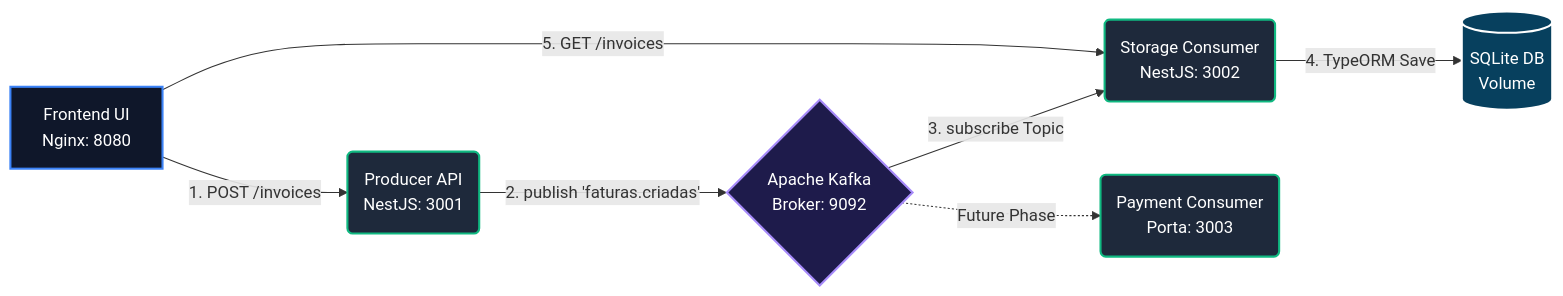
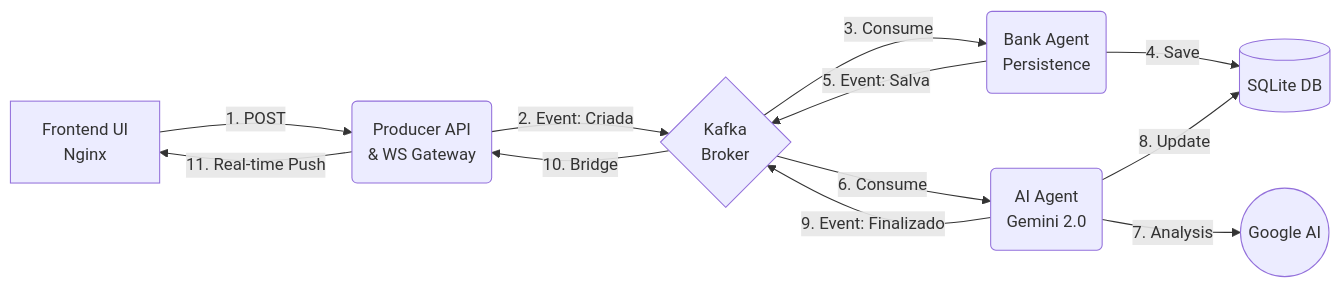
The diagram in README.md (mayconlemosCloud/NestJS-AI), drawn with Mermaid before and after one commit. The commit also changed other lines of this file and 26 other files, not shown here.

````diff
--- a/README.md
+++ b/README.md
@@ -16,21 +19,14 @@
 ```mermaid
 graph LR
-    %% Nodes
-    A[Frontend UI<br/>Nginx: 8080] -->|1. POST /invoices| B(Producer API<br/>NestJS: 3001)
-    B -->|2. publish 'faturas.criadas'| C{Apache Kafka<br/>Broker: 9092}
-    C -->|3. subscribe Topic| D(Storage Consumer<br/>NestJS: 3002)
-    C -.->|Future Phase| E(Payment Consumer<br/>Porta: 3003)
-    D -->|4. TypeORM Save| F[(SQLite DB<br/>Volume)]
-    A -->|5. GET /invoices| D
-    
-    %% Styling
-    classDef ui fill:#0f172a,stroke:#3b82f6,stroke-width:2px,color:#fff
-    classDef api fill:#1e293b,stroke:#10b981,stroke-width:2px,color:#fff
-    classDef broker fill:#1e1b4b,stroke:#a78bfa,stroke-width:2px,color:#fff
-    classDef db fill:#07405E,stroke:#fff,stroke-width:2px,color:#fff
-    
-    class A ui
-    class B,D,E api
-    class C broker
-    class F db
+    A[Frontend UI<br/>Nginx] -->|1. POST| B(Producer API<br/>& WS Gateway)
+    B -->|2. Event: Criada| K{Kafka<br/>Broker}
+    K -->|3. Consume| C(Bank Agent<br/>Persistence)
+    C -->|4. Save| S[(SQLite DB)]
+    C -->|5. Event: Salva| K
+    K -->|6. Consume| D(AI Agent<br/>Gemini 2.0)
+    D -->|7. Analysis| G((Google AI))
+    D -->|8. Update| S
+    D -->|9. Event: Finalizado| K
+    K -->|10. Bridge| B
+    B -->|11. Real-time Push| A
 ```
````
